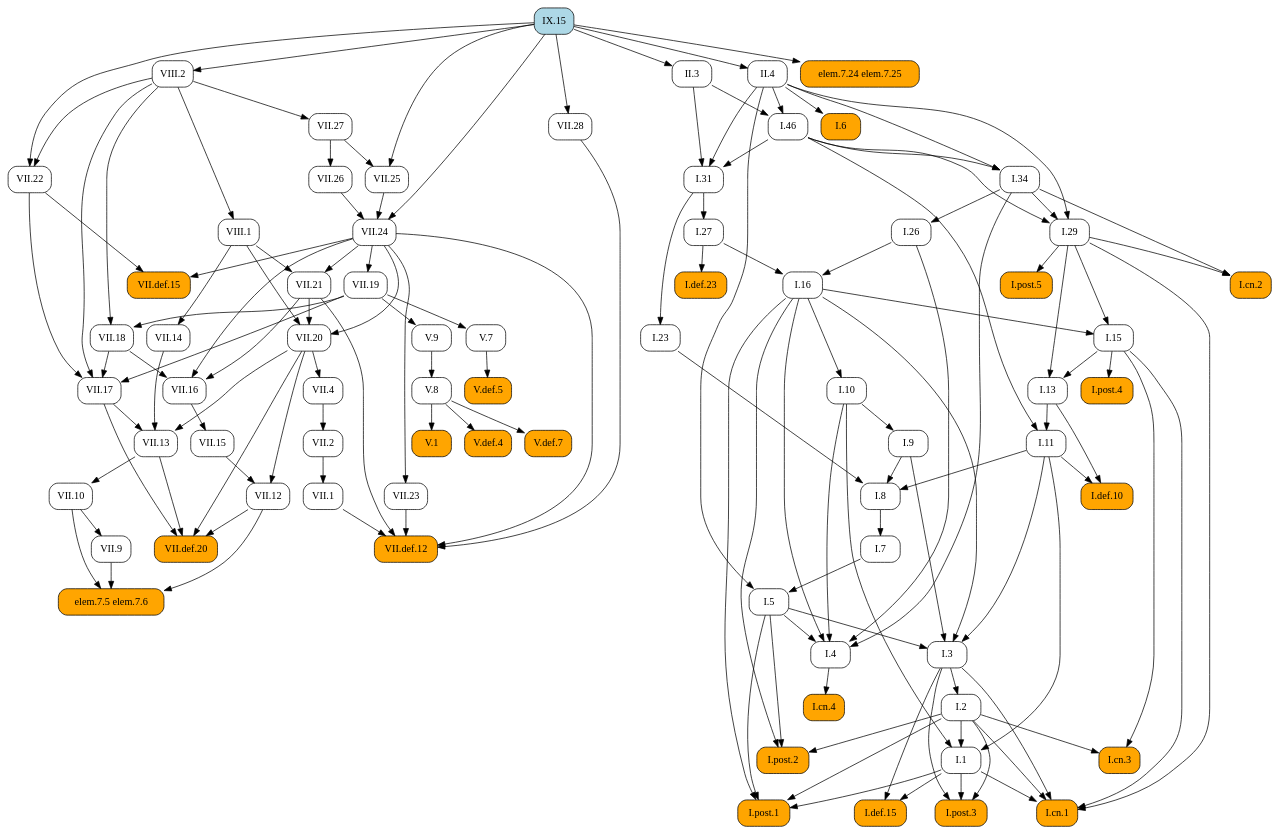
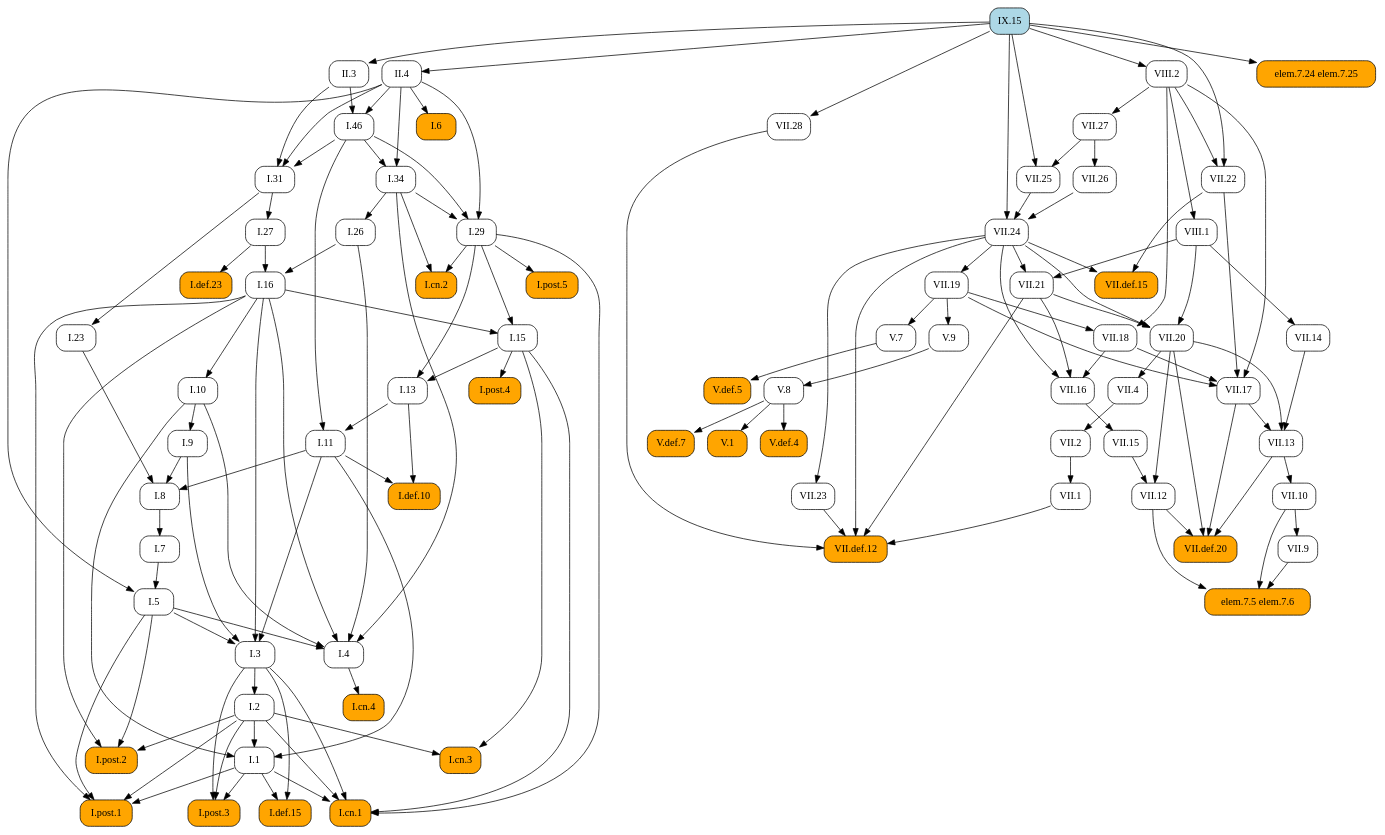
The diagram in docsrc/heath/IX/15/index.rst (geometor/elements), drawn with Graphviz before and after one commit. The commit also changed other lines of this file and 1029 other files, not shown here.

```diff
--- a/docsrc/heath/IX/15/index.rst
+++ b/docsrc/heath/IX/15/index.rst
@@ -58,210 +58,210 @@
    digraph {
      rankdir="TB";
      node [shape=box, style=rounded];
-     "V.1" [style="rounded,filled", fillcolor=orange, URL="/heath/V/1/", target="_top"];
+     "I.def.10" [style="rounded,filled", fillcolor=orange, URL="/heath/I/def.10/", target="_top"];
+     "I.11" [URL="/heath/I/11/", target="_top"];
+     "I.post.4" [style="rounded,filled", fillcolor=orange, URL="/heath/I/post.4/", target="_top"];
+     "I.1" [URL="/heath/I/1/", target="_top"];
+     "VII.1" [URL="/heath/VII/1/", target="_top"];
+     "VII.9" [URL="/heath/VII/9/", target="_top"];
+     "V.def.5" [style="rounded,filled", fillcolor=orange, URL="/heath/V/def.5/", target="_top"];
+     "elem.7.5 elem.7.6" [style="rounded,filled", fillcolor=orange];
+     "I.post.3" [style="rounded,filled", fillcolor=orange, URL="/heath/I/post.3/", target="_top"];
+     "I.cn.3" [style="rounded,filled", fillcolor=orange, URL="/heath/I/cn.3/", target="_top"];
+     "VII.13" [URL="/heath/VII/13/", target="_top"];
+     "VII.2" [URL="/heath/VII/2/", target="_top"];
+     "VIII.1" [URL="/heath/VIII/1/", target="_top"];
      "VII.12" [URL="/heath/VII/12/", target="_top"];
-     "I.29" [URL="/heath/I/29/", target="_top"];
-     "I.7" [URL="/heath/I/7/", target="_top"];
+     "VII.24" [URL="/heath/VII/24/", target="_top"];
+     "VII.def.12" [style="rounded,filled", fillcolor=orange, URL="/heath/VII/def.12/", target="_top"];
      "I.27" [URL="/heath/I/27/", target="_top"];
+     "V.8" [URL="/heath/V/8/", target="_top"];
+     "I.34" [URL="/heath/I/34/", target="_top"];
+     "VII.10" [URL="/heath/VII/10/", target="_top"];
+     "I.2" [URL="/heath/I/2/", target="_top"];
      "I.def.23" [style="rounded,filled", fillcolor=orange, URL="/heath/I/def.23/", target="_top"];
-     "I.34" [URL="/heath/I/34/", target="_top"];
-     "VII.16" [URL="/heath/VII/16/", target="_top"];
-     "VII.13" [URL="/heath/VII/13/", target="_top"];
-     "I.8" [URL="/heath/I/8/", target="_top"];
+     "VII.18" [URL="/heath/VII/18/", target="_top"];
+     "VII.26" [URL="/heath/VII/26/", target="_top"];
+     "I.post.2" [style="rounded,filled", fillcolor=orange, URL="/heath/I/post.2/", target="_top"];
+     "VII.25" [URL="/heath/VII/25/", target="_top"];
+     "VII.21" [URL="/heath/VII/21/", target="_top"];
+     "VII.20" [URL="/heath/VII/20/", target="_top"];
+     "elem.7.24 elem.7.25" [style="rounded,filled", fillcolor=orange];
      "I.9" [URL="/heath/I/9/", target="_top"];
-     "VII.def.15" [style="rounded,filled", fillcolor=orange, URL="/heath/VII/def.15/", target="_top"];
-     "VII.18" [URL="/heath/VII/18/", target="_top"];
-     "I.post.4" [style="rounded,filled", fillcolor=orange, URL="/heath/I/post.4/", target="_top"];
-     "I.2" [URL="/heath/I/2/", target="_top"];
-     "VII.def.12" [style="rounded,filled", fillcolor=orange, URL="/heath/VII/def.12/", target="_top"];
-     "VII.15" [URL="/heath/VII/15/", target="_top"];
-     "VII.2" [URL="/heath/VII/2/", target="_top"];
+     "IX.15" [style="rounded,filled", fillcolor=lightblue, URL="/heath/IX/15/", target="_top"];
      "I.cn.4" [style="rounded,filled", fillcolor=orange, URL="/heath/I/cn.4/", target="_top"];
-     "elem.7.5 elem.7.6" [style="rounded,filled", fillcolor=orange];
-     "VII.10" [URL="/heath/VII/10/", target="_top"];
-     "I.23" [URL="/heath/I/23/", target="_top"];
-     "I.13" [URL="/heath/I/13/", target="_top"];
-     "VII.20" [URL="/heath/VII/20/", target="_top"];
-     "I.5" [URL="/heath/I/5/", target="_top"];
-     "I.11" [URL="/heath/I/11/", target="_top"];
-     "I.4" [URL="/heath/I/4/", target="_top"];
-     "VII.9" [URL="/heath/VII/9/", target="_top"];
-     "II.4" [URL="/heath/II/4/", target="_top"];
-     "I.def.10" [style="rounded,filled", fillcolor=orange, URL="/heath/I/def.10/", target="_top"];
-     "I.46" [URL="/heath/I/46/", target="_top"];
-     "VII.19" [URL="/heath/VII/19/", target="_top"];
-     "VII.4" [URL="/heath/VII/4/", target="_top"];
-     "I.post.3" [style="rounded,filled", fillcolor=orange, URL="/heath/I/post.3/", target="_top"];
-     "V.9" [URL="/heath/V/9/", target="_top"];
-     "elem.7.24 elem.7.25" [style="rounded,filled", fillcolor=orange];
+     "V.def.4" [style="rounded,filled", fillcolor=orange, URL="/heath/V/def.4/", target="_top"];
      "I.15" [URL="/heath/I/15/", target="_top"];
      "VII.22" [URL="/heath/VII/22/", target="_top"];
-     "VII.1" [URL="/heath/VII/1/", target="_top"];
-     "V.def.5" [style="rounded,filled", fillcolor=orange, URL="/heath/V/def.5/", target="_top"];
-     "I.cn.3" [style="rounded,filled", fillcolor=orange, URL="/heath/I/cn.3/", target="_top"];
+     "V.def.7" [style="rounded,filled", fillcolor=orange, URL="/heath/V/def.7/", target="_top"];
+     "VII.23" [URL="/heath/VII/23/", target="_top"];
+     "VII.def.20" [style="rounded,filled", fillcolor=orange, URL="/heath/VII/def.20/", target="_top"];
+     "I.5" [URL="/heath/I/5/", target="_top"];
+     "I.26" [URL="/heath/I/26/", target="_top"];
+     "I.29" [URL="/heath/I/29/", target="_top"];
+     "I.cn.2" [style="rounded,filled", fillcolor=orange, URL="/heath/I/cn.2/", target="_top"];
+     "VII.17" [URL="/heath/VII/17/", target="_top"];
+     "I.def.15" [style="rounded,filled", fillcolor=orange, URL="/heath/I/def.15/", target="_top"];
+     "VII.15" [URL="/heath/VII/15/", target="_top"];
+     "I.cn.1" [style="rounded,filled", fillcolor=orange, URL="/heath/I/cn.1/", target="_top"];
+     "V.7" [URL="/heath/V/7/", target="_top"];
+     "V.9" [URL="/heath/V/9/", target="_top"];
+     "VII.28" [URL="/heath/VII/28/", target="_top"];
+     "I.23" [URL="/heath/I/23/", target="_top"];
+     "VIII.2" [URL="/heath/VIII/2/", target="_top"];
+     "I.post.1" [style="rounded,filled", fillcolor=orange, URL="/heath/I/post.1/", target="_top"];
+     "I.46" [URL="/heath/I/46/", target="_top"];
+     "I.7" [URL="/heath/I/7/", target="_top"];
+     "I.6" [style="rounded,filled", fillcolor=orange, URL="/heath/I/6/", target="_top"];
+     "I.3" [URL="/heath/I/3/", target="_top"];
+     "II.3" [URL="/heath/II/3/", target="_top"];
+     "VII.def.15" [style="rounded,filled", fillcolor=orange, URL="/heath/VII/def.15/", target="_top"];
+     "I.4" [URL="/heath/I/4/", target="_top"];
+     "VII.19" [URL="/heath/VII/19/", target="_top"];
+     "I.13" [URL="/heath/I/13/", target="_top"];
+     "VII.16" [URL="/heath/VII/16/", target="_top"];
+     "II.4" [URL="/heath/II/4/", target="_top"];
+     "VII.4" [URL="/heath/VII/4/", target="_top"];
+     "I.31" [URL="/heath/I/31/", target="_top"];
+     "V.1" [style="rounded,filled", fillcolor=orange, URL="/heath/V/1/", target="_top"];
+     "I.16" [URL="/heath/I/16/", target="_top"];
      "VII.14" [URL="/heath/VII/14/", target="_top"];
-     "V.def.4" [style="rounded,filled", fillcolor=orange, URL="/heath/V/def.4/", target="_top"];
-     "V.8" [URL="/heath/V/8/", target="_top"];
-     "VII.21" [URL="/heath/VII/21/", target="_top"];
-     "V.7" [URL="/heath/V/7/", target="_top"];
-     "I.1" [URL="/heath/I/1/", target="_top"];
-     "I.def.15" [style="rounded,filled", fillcolor=orange, URL="/heath/I/def.15/", target="_top"];
-     "I.post.1" [style="rounded,filled", fillcolor=orange, URL="/heath/I/post.1/", target="_top"];
-     "VII.def.20" [style="rounded,filled", fillcolor=orange, URL="/heath/VII/def.20/", target="_top"];
-     "I.26" [URL="/heath/I/26/", target="_top"];
-     "V.def.7" [style="rounded,filled", fillcolor=orange, URL="/heath/V/def.7/", target="_top"];
-     "I.6" [style="rounded,filled", fillcolor=orange, URL="/heath/I/6/", target="_top"];
-     "I.cn.2" [style="rounded,filled", fillcolor=orange, URL="/heath/I/cn.2/", target="_top"];
-     "IX.15" [style="rounded,filled", fillcolor=lightblue, URL="/heath/IX/15/", target="_top"];
+     "VII.27" [URL="/heath/VII/27/", target="_top"];
+     "I.8" [URL="/heath/I/8/", target="_top"];
+     "I.post.5" [style="rounded,filled", fillcolor=orange, URL="/heath/I/post.5/", target="_top"];
      "I.10" [URL="/heath/I/10/", target="_top"];
-     "I.3" [URL="/heath/I/3/", target="_top"];
-     "I.16" [URL="/heath/I/16/", target="_top"];
-     "VII.23" [URL="/heath/VII/23/", target="_top"];
-     "VII.25" [URL="/heath/VII/25/", target="_top"];
-     "I.31" [URL="/heath/I/31/", target="_top"];
-     "VIII.1" [URL="/heath/VIII/1/", target="_top"];
-     "VII.27" [URL="/heath/VII/27/", target="_top"];
-     "VIII.2" [URL="/heath/VIII/2/", target="_top"];
-     "I.post.2" [style="rounded,filled", fillcolor=orange, URL="/heath/I/post.2/", target="_top"];
-     "VII.24" [URL="/heath/VII/24/", target="_top"];
-     "VII.28" [URL="/heath/VII/28/", target="_top"];
-     "I.post.5" [style="rounded,filled", fillcolor=orange, URL="/heath/I/post.5/", target="_top"];
-     "VII.26" [URL="/heath/VII/26/", target="_top"];
-     "II.3" [URL="/heath/II/3/", target="_top"];
-     "I.cn.1" [style="rounded,filled", fillcolor=orange, URL="/heath/I/cn.1/", target="_top"];
-     "VII.17" [URL="/heath/VII/17/", target="_top"];
-     "V.8" -> "V.1";
-     "VII.15" -> "VII.12";
-     "VII.20" -> "VII.12";
-     "I.34" -> "I.29";
-     "I.46" -> "I.29";
-     "II.4" -> "I.29";
-     "I.8" -> "I.7";
-     "I.31" -> "I.27";
-     "I.27" -> "I.def.23";
-     "I.46" -> "I.34";
-     "II.4" -> "I.34";
-     "VII.18" -> "VII.16";
-     "VII.21" -> "VII.16";
-     "VII.24" -> "VII.16";
+     "I.11" -> "I.def.10";
+     "I.13" -> "I.def.10";
+     "I.13" -> "I.11";
+     "I.46" -> "I.11";
+     "I.15" -> "I.post.4";
+     "I.2" -> "I.1";
+     "I.10" -> "I.1";
+     "I.11" -> "I.1";
+     "VII.2" -> "VII.1";
+     "VII.10" -> "VII.9";
+     "V.7" -> "V.def.5";
+     "VII.9" -> "elem.7.5 elem.7.6";
+     "VII.10" -> "elem.7.5 elem.7.6";
+     "VII.12" -> "elem.7.5 elem.7.6";
+     "I.1" -> "I.post.3";
+     "I.2" -> "I.post.3";
+     "I.3" -> "I.post.3";
+     "I.2" -> "I.cn.3";
+     "I.15" -> "I.cn.3";
      "VII.14" -> "VII.13";
      "VII.17" -> "VII.13";
      "VII.20" -> "VII.13";
-     "I.9" -> "I.8";
-     "I.11" -> "I.8";
-     "I.23" -> "I.8";
-     "I.10" -> "I.9";
-     "VII.22" -> "VII.def.15";
-     "VII.24" -> "VII.def.15";
-     "VII.19" -> "VII.18";
-     "VIII.2" -> "VII.18";
-     "I.15" -> "I.post.4";
-     "I.3" -> "I.2";
+     "VII.4" -> "VII.2";
+     "VIII.2" -> "VIII.1";
+     "VII.15" -> "VII.12";
+     "VII.20" -> "VII.12";
+     "VII.25" -> "VII.24";
+     "VII.26" -> "VII.24";
+     "IX.15" -> "VII.24";
      "VII.1" -> "VII.def.12";
      "VII.21" -> "VII.def.12";
      "VII.23" -> "VII.def.12";
      "VII.24" -> "VII.def.12";
      "VII.28" -> "VII.def.12";
-     "VII.16" -> "VII.15";
-     "VII.4" -> "VII.2";
-     "I.4" -> "I.cn.4";
-     "VII.9" -> "elem.7.5 elem.7.6";
-     "VII.10" -> "elem.7.5 elem.7.6";
-     "VII.12" -> "elem.7.5 elem.7.6";
+     "I.31" -> "I.27";
+     "V.9" -> "V.8";
+     "I.46" -> "I.34";
+     "II.4" -> "I.34";
      "VII.13" -> "VII.10";
-     "I.31" -> "I.23";
-     "I.15" -> "I.13";
-     "I.29" -> "I.13";
+     "I.3" -> "I.2";
+     "I.27" -> "I.def.23";
+     "VII.19" -> "VII.18";
+     "VIII.2" -> "VII.18";
+     "VII.27" -> "VII.26";
+     "I.2" -> "I.post.2";
+     "I.5" -> "I.post.2";
+     "I.16" -> "I.post.2";
+     "VII.27" -> "VII.25";
+     "IX.15" -> "VII.25";
+     "VII.24" -> "VII.21";
+     "VIII.1" -> "VII.21";
      "VII.21" -> "VII.20";
      "VII.24" -> "VII.20";
      "VIII.1" -> "VII.20";
+     "IX.15" -> "elem.7.24 elem.7.25";
+     "I.10" -> "I.9";
+     "I.4" -> "I.cn.4";
+     "V.8" -> "V.def.4";
+     "I.16" -> "I.15";
+     "I.29" -> "I.15";
+     "VIII.2" -> "VII.22";
+     "IX.15" -> "VII.22";
+     "V.8" -> "V.def.7";
+     "VII.24" -> "VII.23";
+     "VII.12" -> "VII.def.20";
+     "VII.13" -> "VII.def.20";
+     "VII.17" -> "VII.def.20";
+     "VII.20" -> "VII.def.20";
      "I.7" -> "I.5";
      "II.4" -> "I.5";
-     "I.13" -> "I.11";
-     "I.46" -> "I.11";
+     "I.34" -> "I.26";
+     "I.34" -> "I.29";
+     "I.46" -> "I.29";
+     "II.4" -> "I.29";
+     "I.29" -> "I.cn.2";
+     "I.34" -> "I.cn.2";
+     "VII.18" -> "VII.17";
+     "VII.19" -> "VII.17";
+     "VII.22" -> "VII.17";
+     "VIII.2" -> "VII.17";
+     "I.1" -> "I.def.15";
+     "I.3" -> "I.def.15";
+     "VII.16" -> "VII.15";
+     "I.1" -> "I.cn.1";
+     "I.2" -> "I.cn.1";
+     "I.3" -> "I.cn.1";
+     "I.15" -> "I.cn.1";
+     "I.29" -> "I.cn.1";
+     "VII.19" -> "V.7";
+     "VII.19" -> "V.9";
+     "IX.15" -> "VII.28";
+     "I.31" -> "I.23";
+     "IX.15" -> "VIII.2";
+     "I.1" -> "I.post.1";
+     "I.2" -> "I.post.1";
+     "I.5" -> "I.post.1";
+     "I.16" -> "I.post.1";
+     "II.3" -> "I.46";
+     "II.4" -> "I.46";
+     "I.8" -> "I.7";
+     "II.4" -> "I.6";
+     "I.5" -> "I.3";
+     "I.9" -> "I.3";
+     "I.11" -> "I.3";
+     "I.16" -> "I.3";
+     "IX.15" -> "II.3";
+     "VII.22" -> "VII.def.15";
+     "VII.24" -> "VII.def.15";
      "I.5" -> "I.4";
      "I.10" -> "I.4";
      "I.16" -> "I.4";
      "I.26" -> "I.4";
      "I.34" -> "I.4";
-     "VII.10" -> "VII.9";
+     "VII.24" -> "VII.19";
+     "I.15" -> "I.13";
+     "I.29" -> "I.13";
+     "VII.18" -> "VII.16";
+     "VII.21" -> "VII.16";
+     "VII.24" -> "VII.16";
      "IX.15" -> "II.4";
-     "I.11" -> "I.def.10";
-     "I.13" -> "I.def.10";
-     "II.3" -> "I.46";
-     "II.4" -> "I.46";
-     "VII.24" -> "VII.19";
      "VII.20" -> "VII.4";
-     "I.1" -> "I.post.3";
-     "I.2" -> "I.post.3";
-     "I.3" -> "I.post.3";
-     "VII.19" -> "V.9";
-     "IX.15" -> "elem.7.24 elem.7.25";
-     "I.16" -> "I.15";
-     "I.29" -> "I.15";
-     "VIII.2" -> "VII.22";
-     "IX.15" -> "VII.22";
-     "VII.2" -> "VII.1";
-     "V.7" -> "V.def.5";
-     "I.2" -> "I.cn.3";
-     "I.15" -> "I.cn.3";
-     "VIII.1" -> "VII.14";
-     "V.8" -> "V.def.4";
-     "V.9" -> "V.8";
-     "VII.24" -> "VII.21";
-     "VIII.1" -> "VII.21";
-     "VII.19" -> "V.7";
-     "I.2" -> "I.1";
-     "I.10" -> "I.1";
-     "I.11" -> "I.1";
-     "I.1" -> "I.def.15";
-     "I.3" -> "I.def.15";
-     "I.1" -> "I.post.1";
-     "I.2" -> "I.post.1";
-     "I.5" -> "I.post.1";
-     "I.16" -> "I.post.1";
-     "VII.12" -> "VII.def.20";
-     "VII.13" -> "VII.def.20";
-     "VII.17" -> "VII.def.20";
-     "VII.20" -> "VII.def.20";
-     "I.34" -> "I.26";
-     "V.8" -> "V.def.7";
-     "II.4" -> "I.6";
-     "I.29" -> "I.cn.2";
-     "I.34" -> "I.cn.2";
-     "I.16" -> "I.10";
-     "I.5" -> "I.3";
-     "I.9" -> "I.3";
-     "I.11" -> "I.3";
-     "I.16" -> "I.3";
-     "I.26" -> "I.16";
-     "I.27" -> "I.16";
-     "VII.24" -> "VII.23";
-     "VII.27" -> "VII.25";
-     "IX.15" -> "VII.25";
      "I.46" -> "I.31";
      "II.3" -> "I.31";
      "II.4" -> "I.31";
-     "VIII.2" -> "VIII.1";
+     "V.8" -> "V.1";
+     "I.26" -> "I.16";
+     "I.27" -> "I.16";
+     "VIII.1" -> "VII.14";
      "VIII.2" -> "VII.27";
-     "IX.15" -> "VIII.2";
-     "I.2" -> "I.post.2";
-     "I.5" -> "I.post.2";
-     "I.16" -> "I.post.2";
-     "VII.25" -> "VII.24";
-     "VII.26" -> "VII.24";
-     "IX.15" -> "VII.24";
-     "IX.15" -> "VII.28";
+     "I.9" -> "I.8";
+     "I.11" -> "I.8";
+     "I.23" -> "I.8";
      "I.29" -> "I.post.5";
-     "VII.27" -> "VII.26";
-     "IX.15" -> "II.3";
-     "I.1" -> "I.cn.1";
-     "I.2" -> "I.cn.1";
-     "I.3" -> "I.cn.1";
-     "I.15" -> "I.cn.1";
-     "I.29" -> "I.cn.1";
-     "VII.18" -> "VII.17";
-     "VII.19" -> "VII.17";
-     "VII.22" -> "VII.17";
-     "VIII.2" -> "VII.17";
+     "I.16" -> "I.10";
    }
```
